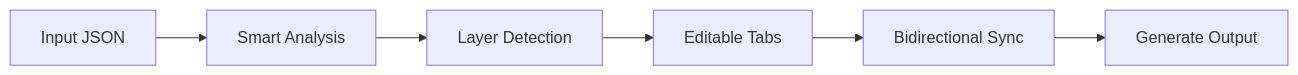
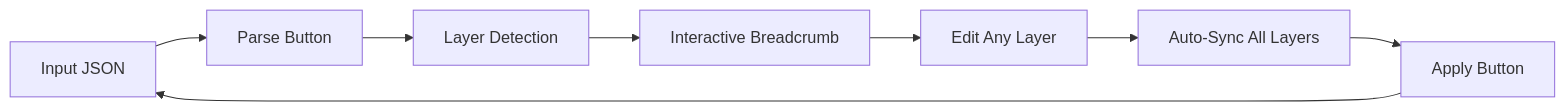
The diagram in README.md (hrhrng/super-json), drawn with Mermaid before and after one commit. The commit also changed other lines of this file and 10 other files, not shown here.

First line of the commit message:
✨ Enhanced Layer Actions and Breadcrumb Navigation

````diff
--- a/README.md
+++ b/README.md
@@ -98,8 +103,10 @@
 ```mermaid
 graph LR
-    A[Input JSON] --> B[Smart Analysis]
+    A[Input JSON] --> B[Parse Button]
     B --> C[Layer Detection]
-    C --> D[Editable Tabs]
-    D --> E[Bidirectional Sync]
-    E --> F[Generate Output]
+    C --> D[Interactive Breadcrumb]
+    D --> E[Edit Any Layer]
+    E --> F[Auto-Sync All Layers]
+    F --> G[Apply Button]
+    G --> A
 ```
````
